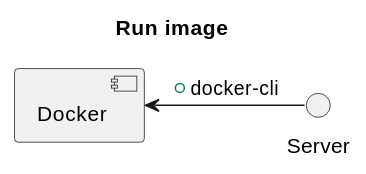
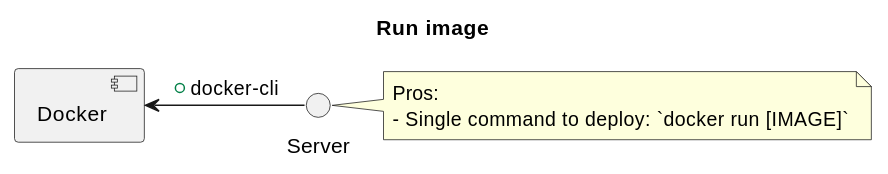
Before and after one commit to midujs/demo-deploy-app: the fourth of 5 diagrams in README.md, drawn with PlantUML. The commit also changed other lines of this file, not shown here.

Commit message:
Update uml

````diff
--- a/README.md
+++ b/README.md
@@ -42,7 +44,12 @@
 ```plantuml
 @startuml
 title Run image
 
 [Docker] <- Server: +docker-cli
+
+note right
+  Pros:
+  - Single command to deploy: `docker run [IMAGE]`
+end note
 @enduml
 ```
````
